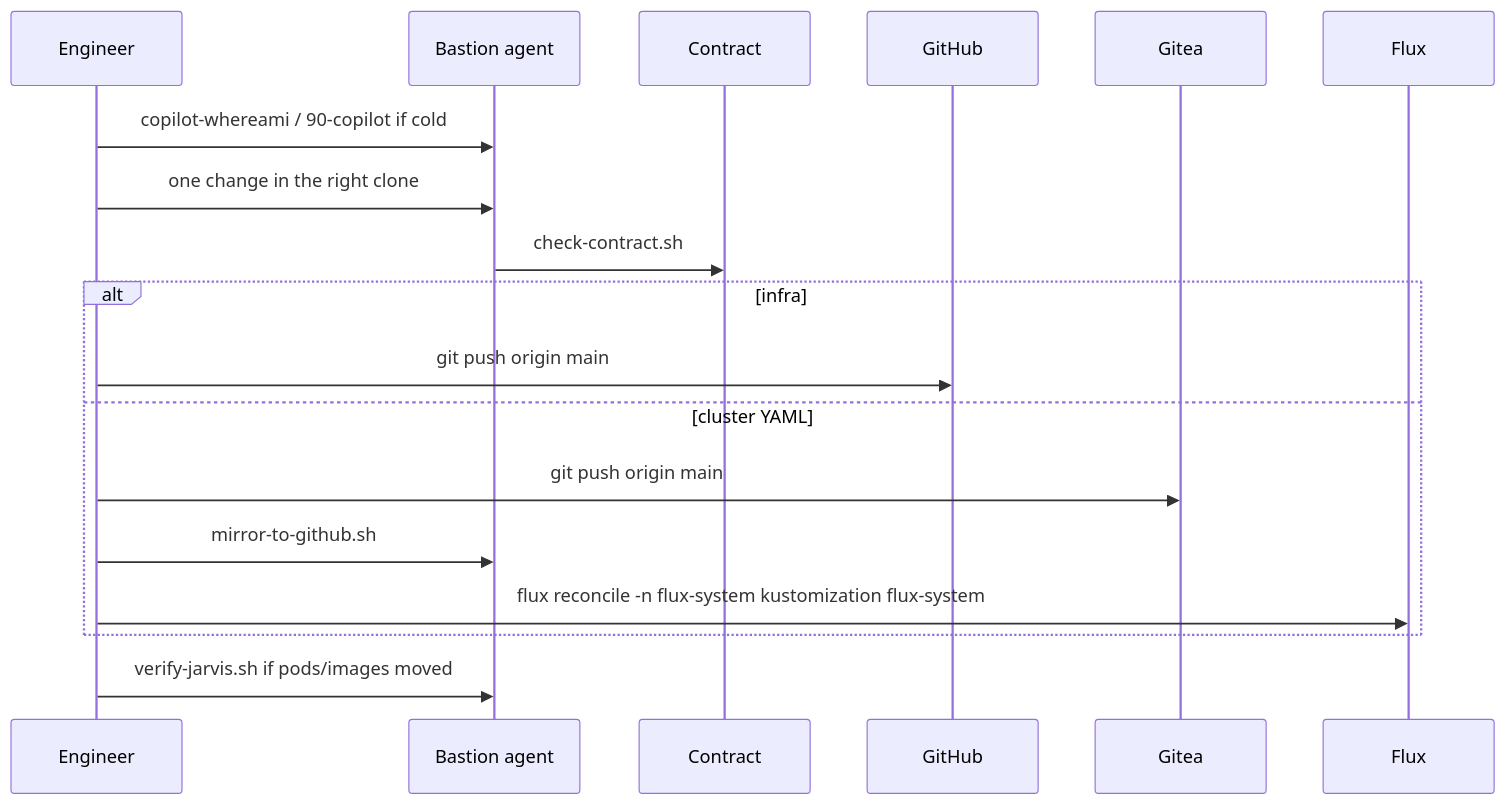
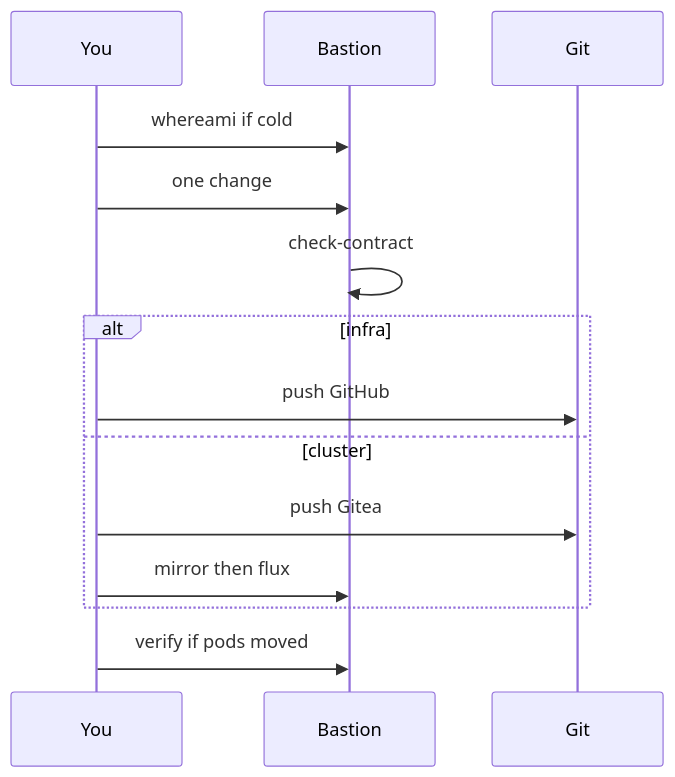
Before and after one commit to gordoncooper/jarvis-infra: the fifth of 5 diagrams in docs/DEVOPS.md, drawn with Mermaid. The commit also changed other lines of this file, not shown here.

Commit message:
docs: DEVOPS diagrams + day-0 time estimates

````diff
--- a/docs/DEVOPS.md
+++ b/docs/DEVOPS.md
@@ -228,20 +240,16 @@
 ```mermaid
 sequenceDiagram
-  participant E as Engineer
-  participant B as Bastion agent
-  participant C as Contract
-  participant G as GitHub
-  participant L as Gitea
-  participant F as Flux
-  E->>B: copilot-whereami / 90-copilot if cold
-  E->>B: one change in the right clone
-  B->>C: check-contract.sh
+  participant You
+  participant Bastion
+  participant Git
+  You->>Bastion: whereami if cold
+  You->>Bastion: one change
+  Bastion->>Bastion: check-contract
   alt infra
-    E->>G: git push origin main
-  else cluster YAML
-    E->>L: git push origin main
-    E->>B: mirror-to-github.sh
-    E->>F: flux reconcile -n flux-system kustomization flux-system
+    You->>Git: push GitHub
+  else cluster
+    You->>Git: push Gitea
+    You->>Bastion: mirror then flux
   end
-  E->>B: verify-jarvis.sh if pods/images moved
+  You->>Bastion: verify if pods moved
 ```
````
